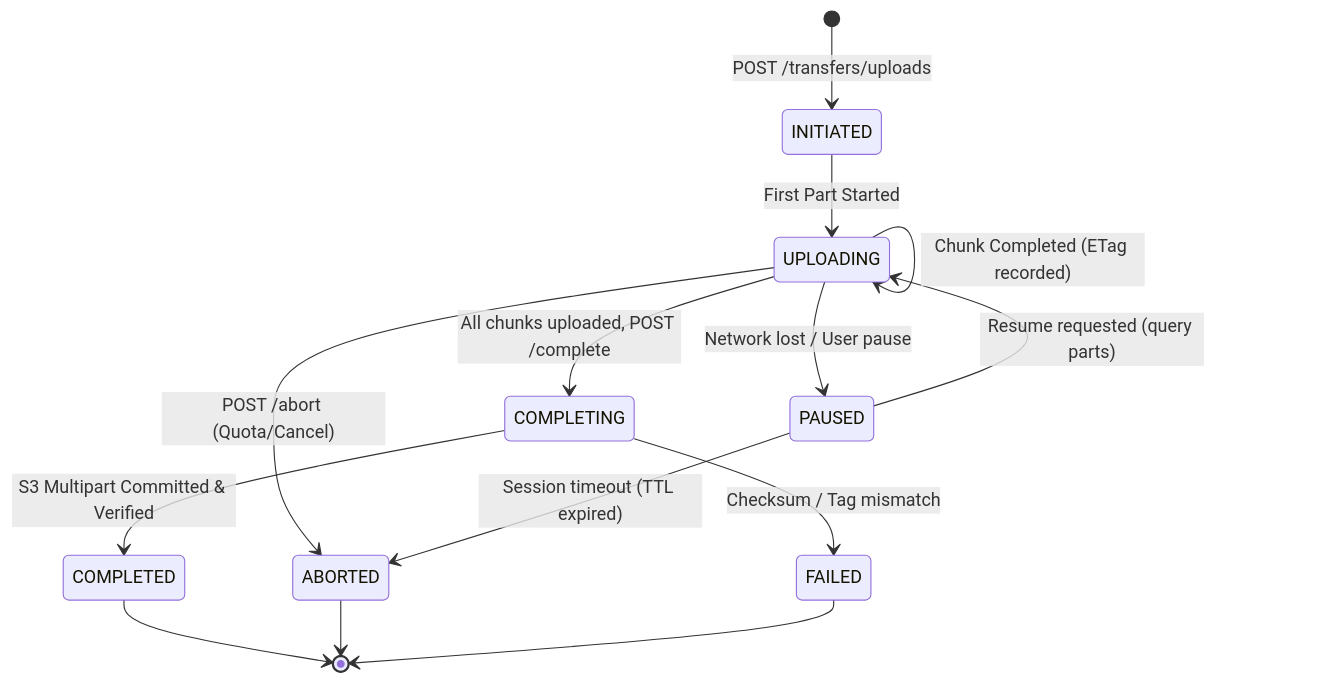
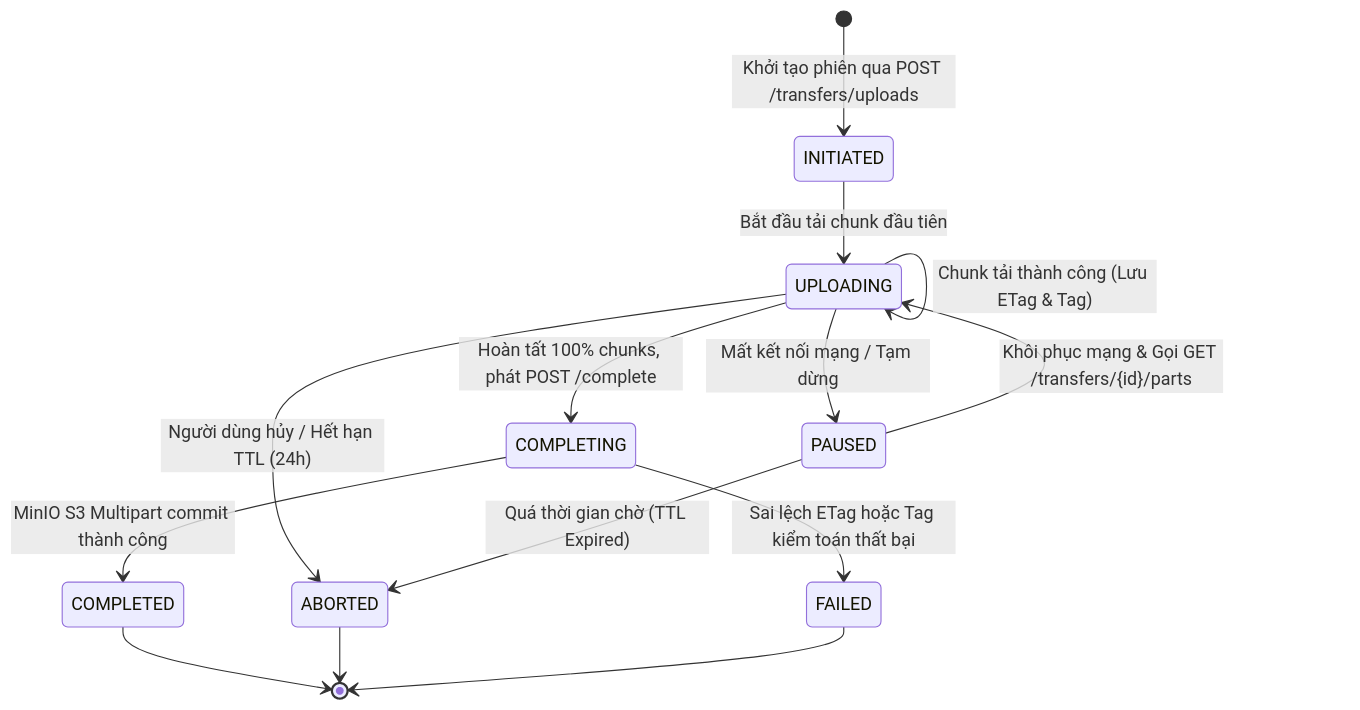
Before and after one commit to hoangtuyen04work/Fluxio: the first of 2 diagrams in fluxio-spec/04-PROTOCOL-LIFECYCLE.md, drawn with Mermaid. The commit also changed other lines of this file and 2 other files, not shown here.

````diff
--- a/fluxio-spec/04-PROTOCOL-LIFECYCLE.md
+++ b/fluxio-spec/04-PROTOCOL-LIFECYCLE.md
@@ -11,16 +12,16 @@
 ```mermaid
 stateDiagram-v2
-    [*] --> INITIATED: POST /transfers/uploads
-    INITIATED --> UPLOADING: First Part Started
-    UPLOADING --> UPLOADING: Chunk Completed (ETag recorded)
-    UPLOADING --> PAUSED: Network lost / User pause
-    PAUSED --> UPLOADING: Resume requested (query parts)
-    UPLOADING --> COMPLETING: All chunks uploaded, POST /complete
-    COMPLETING --> COMPLETED: S3 Multipart Committed & Verified
-    COMPLETING --> FAILED: Checksum / Tag mismatch
-    UPLOADING --> ABORTED: POST /abort (Quota/Cancel)
-    PAUSED --> ABORTED: Session timeout (TTL expired)
+    [*] --> INITIATED: Khởi tạo phiên qua POST /transfers/uploads
+    INITIATED --> UPLOADING: Bắt đầu tải chunk đầu tiên
+    UPLOADING --> UPLOADING: Chunk tải thành công (Lưu ETag & Tag)
+    UPLOADING --> PAUSED: Mất kết nối mạng / Tạm dừng
+    PAUSED --> UPLOADING: Khôi phục mạng & Gọi GET /transfers/{id}/parts
+    UPLOADING --> COMPLETING: Hoàn tất 100% chunks, phát POST /complete
+    COMPLETING --> COMPLETED: MinIO S3 Multipart commit thành công
+    COMPLETING --> FAILED: Sai lệch ETag hoặc Tag kiểm toán thất bại
+    UPLOADING --> ABORTED: Người dùng hủy / Hết hạn TTL (24h)
+    PAUSED --> ABORTED: Quá thời gian chờ (TTL Expired)
     COMPLETED --> [*]
     ABORTED --> [*]
     FAILED --> [*]
 ```
````
